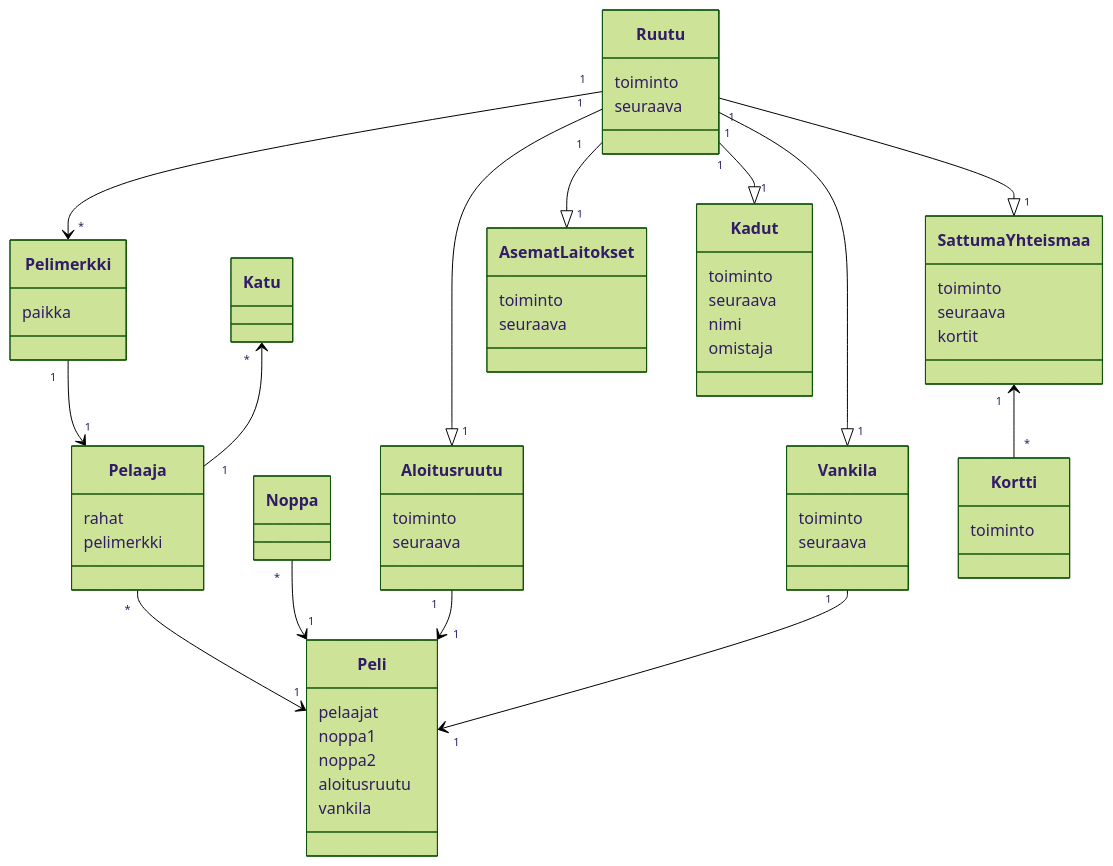
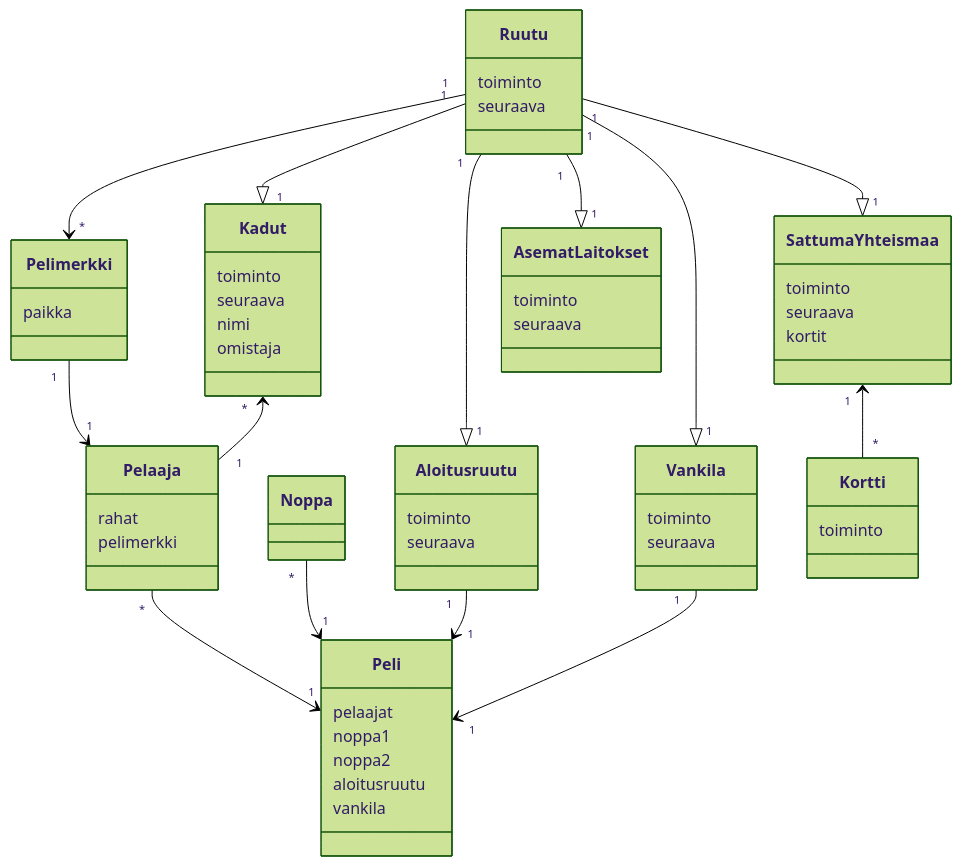
The diagram in laskarit/viikko3/monopoli.md (Capscience/ot-harjoitustyo), drawn with Mermaid (forest theme) before and after one commit.

````diff
--- a/laskarit/viikko3/monopoli.md
+++ b/laskarit/viikko3/monopoli.md
@@ -7,62 +7,62 @@
 ```mermaid
 classDiagram
 	Pelimerkki "1" --> "1" Pelaaja
 	Pelaaja "*" --> "1" Peli
 	Noppa "*" --> "1" Peli
 	Aloitusruutu "1" --> "1" Peli
 	Vankila "1" --> "1" Peli
 	Ruutu "1" --> "*" Pelimerkki
-	Katu "*" <-- "1" Pelaaja
+	Kadut "*" <-- "1" Pelaaja
 	Ruutu "1" --|> "1" Aloitusruutu
 	Ruutu "1" --|> "1" Vankila
 	Ruutu "1" --|> "1" SattumaYhteismaa
 	Ruutu "1" --|> "1" AsematLaitokset
 	Ruutu "1" --|> "1" Kadut
 	SattumaYhteismaa "1" <-- "*" Kortti
 	class Pelimerkki{
 	      paikka
 	}
 	class Pelaaja{
 	      rahat
 		  pelimerkki
 	}
 	class Peli{
 	      pelaajat
 	      noppa1
 	      noppa2
 	      aloitusruutu
 		  vankila
 	}
 	class Ruutu{
 		  toiminto
 	      seuraava
 	}
 	class Aloitusruutu{
 		  toiminto
 		  seuraava
 	}
 	class Vankila{
 		  toiminto
 		  seuraava
 	}
 	class SattumaYhteismaa{
 		  toiminto
 		  seuraava
 		  kortit
 	}
 	class Kortti{
 		  toiminto
 	}
 	class AsematLaitokset{
 		  toiminto
 		  seuraava
 	}
 	class Kadut{
 		  toiminto
 		  seuraava
 		  nimi
 		  omistaja
 	}
 	class Noppa{
 	}
 ```
````
